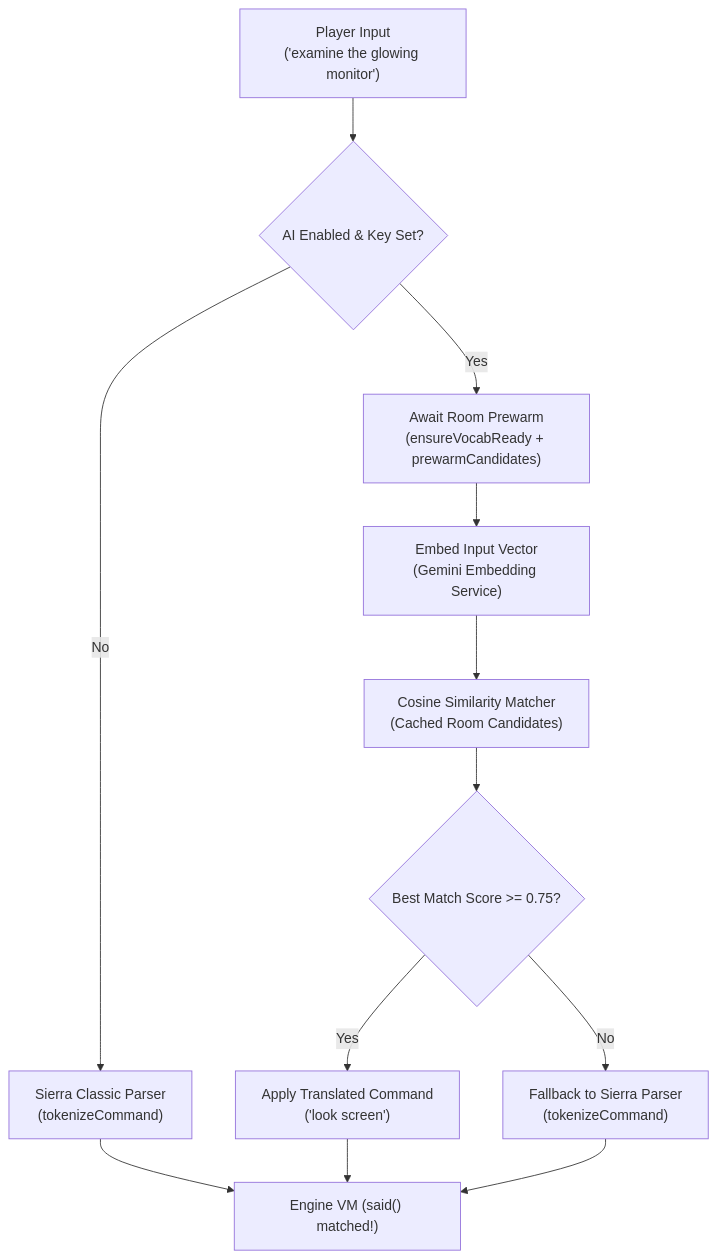
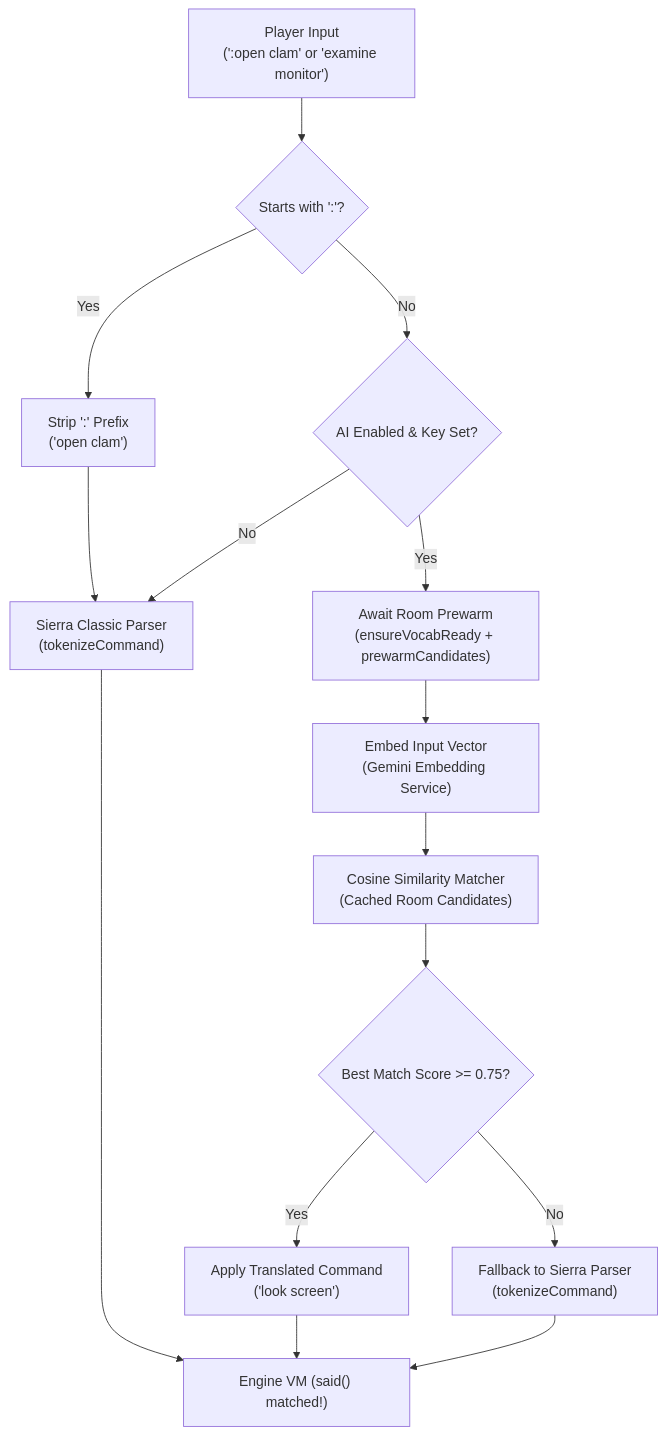
One commit to rwtodd/AGIGame_Explorer changed the diagram in doc/ai_semantic_parser_architecture.md. Above: the diagram before and after it, drawn with Mermaid. The commit also changed other lines of this file and 4 other files, not shown here.

First line of the commit message:
feat(parser): add colon ':' prefix to bypass AI and pass commands directly to Sierra parser

````diff
--- a/doc/ai_semantic_parser_architecture.md
+++ b/doc/ai_semantic_parser_architecture.md
@@ -18,14 +19,16 @@
 ```mermaid
 flowchart TD
-    UserInput["Player Input\n('examine the glowing monitor')"] --> CheckAI{"AI Enabled & Key Set?"}
-    CheckAI -- No --> SierraParser["Sierra Classic Parser\n(tokenizeCommand)"]
+    UserInput["Player Input\n(':open clam' or 'examine monitor')"] --> CheckBypass{"Starts with ':'?"}
+    CheckBypass -- Yes --> RawBypass["Strip ':' Prefix\n('open clam')"] --> SierraParser["Sierra Classic Parser\n(tokenizeCommand)"]
+    CheckBypass -- No --> CheckAI{"AI Enabled & Key Set?"}
+    CheckAI -- No --> SierraParser
     CheckAI -- Yes --> EnsureWarm["Await Room Prewarm\n(ensureVocabReady + prewarmCandidates)"]
     EnsureWarm --> EmbedInput["Embed Input Vector\n(Gemini Embedding Service)"]
     EmbedInput --> Matcher["Cosine Similarity Matcher\n(Cached Room Candidates)"]
     Matcher --> ThresholdCheck{"Best Match Score >= 0.75?"}
     ThresholdCheck -- Yes --> InjectCommand["Apply Translated Command\n('look screen')"]
     ThresholdCheck -- No --> Fallback["Fallback to Sierra Parser\n(tokenizeCommand)"]
     InjectCommand --> VM["Engine VM (said() matched!)"]
     SierraParser --> VM
     Fallback --> VM
 ```
````
